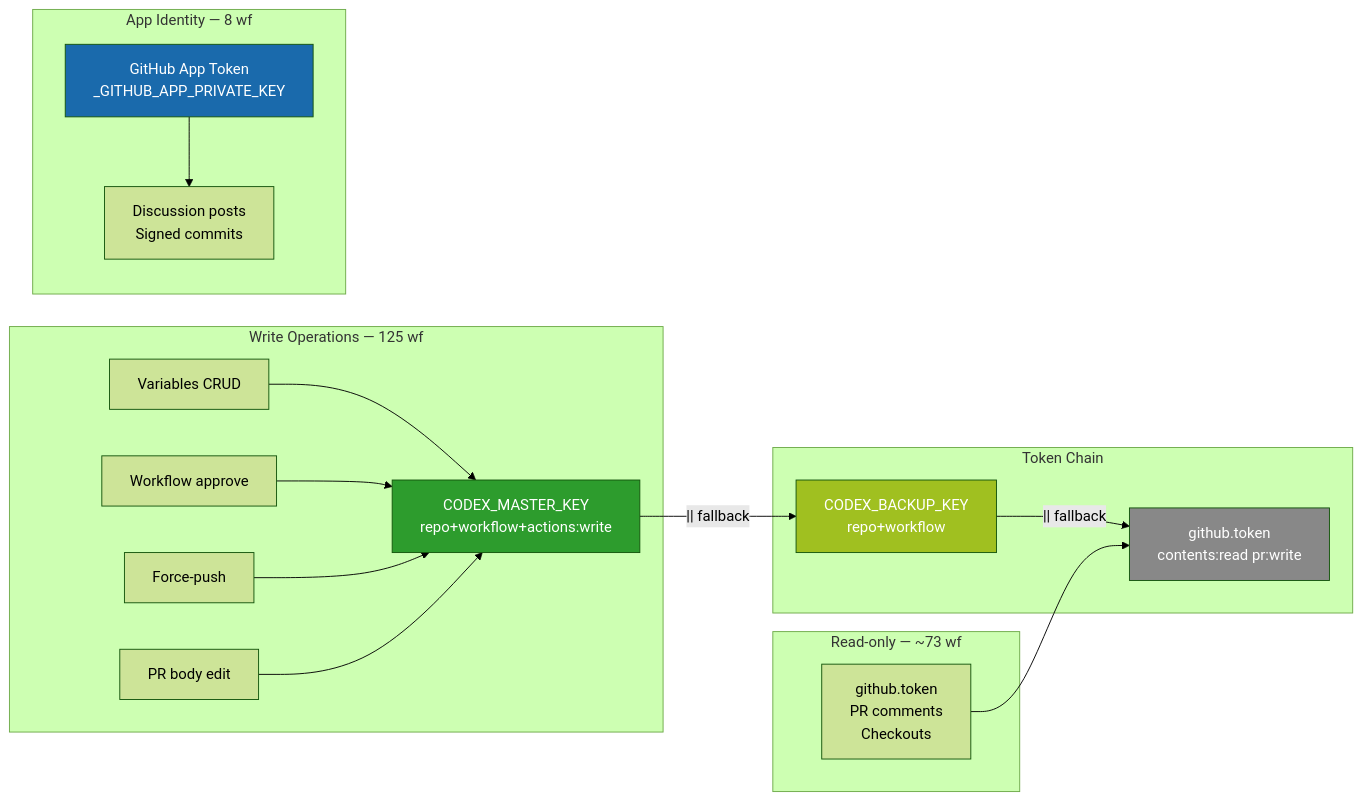
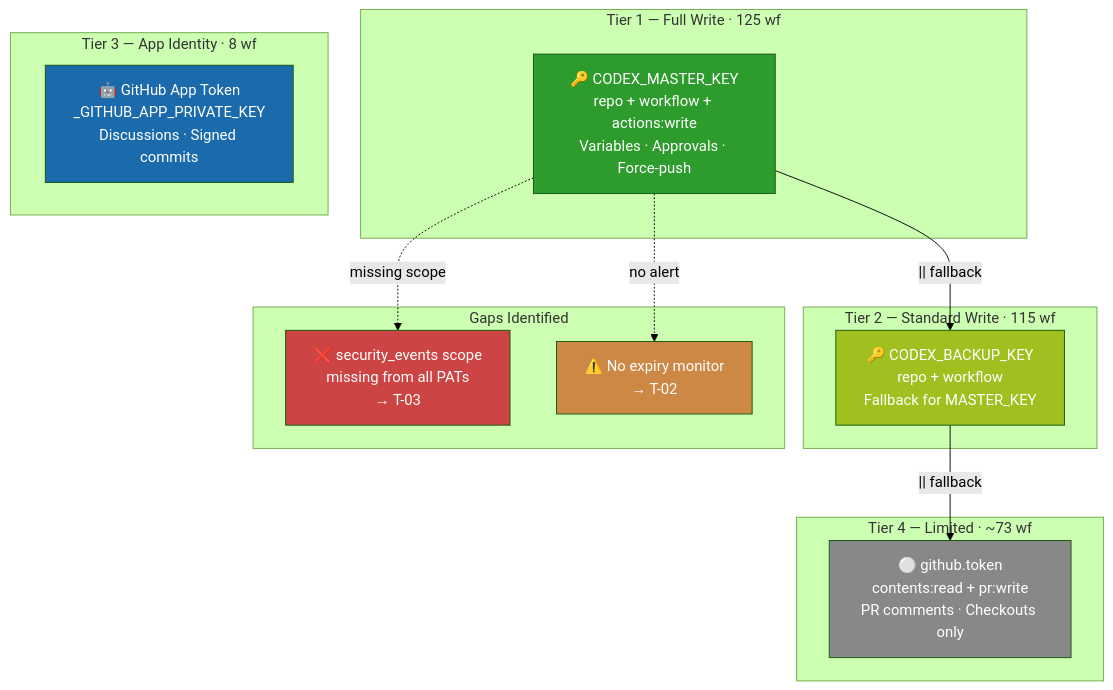
One commit to Aries-Serpent/_codex_ changed the fourth of 7 diagrams in docs/sessions/PR4346_session_diagram.md. Above: the diagram before and after it, drawn with Mermaid (forest theme). The commit also changed other lines of this file and 3 other files, not shown here.

First line of the commit message:
docs(s859): final living docs v2 — CI snapshot, CHANGELOG+accountability final, session diagram 7 Mermaid

````diff
--- a/docs/sessions/PR4346_session_diagram.md
+++ b/docs/sessions/PR4346_session_diagram.md
@@ -119,26 +122,31 @@
 ```mermaid
-graph LR
-    subgraph "Write Operations — 125 wf"
-        W1["Variables CRUD"] --> MK
-        W2["Workflow approve"] --> MK
-        W3["Force-push"] --> MK
-        W4["PR body edit"] --> MK
+graph TD
+    subgraph "Tier 1 — Full Write · 125 wf"
+        MK["🔑 CODEX_MASTER_KEY\nrepo + workflow + actions:write\nVariables · Approvals · Force-push"]
     end
-    subgraph "Token Chain"
-        MK["CODEX_MASTER_KEY\nrepo+workflow+actions:write"] -->|"|| fallback"| BK
-        BK["CODEX_BACKUP_KEY\nrepo+workflow"] -->|"|| fallback"| GT
-        GT["github.token\ncontents:read pr:write"]
+    subgraph "Tier 2 — Standard Write · 115 wf"
+        BK["🔑 CODEX_BACKUP_KEY\nrepo + workflow\nFallback for MASTER_KEY"]
     end
-    subgraph "App Identity — 8 wf"
-        APP["GitHub App Token\n_GITHUB_APP_PRIVATE_KEY"]
-        APP --> DISC["Discussion posts\nSigned commits"]
+    subgraph "Tier 3 — App Identity · 8 wf"
+        APP["🤖 GitHub App Token\n_GITHUB_APP_PRIVATE_KEY\nDiscussions · Signed commits"]
     end
-    subgraph "Read-only — ~73 wf"
-        RO["github.token\nPR comments\nCheckouts"] --> GT
+    subgraph "Tier 4 — Limited · ~73 wf"
+        GT["⚪ github.token\ncontents:read + pr:write\nPR comments · Checkouts only"]
     end
+    subgraph "Gaps Identified"
+        G1["❌ security_events scope\nmissing from all PATs\n→ T-03"]
+        G2["⚠️ No expiry monitor\n→ T-02"]
+    end
+
+    MK -->|"|| fallback"| BK
+    BK -->|"|| fallback"| GT
+    MK -.->|"missing scope"| G1
+    MK -.->|"no alert"| G2
 
     style MK fill:#2d9c2d,color:#fff
     style BK fill:#a0c020,color:#fff
+    style APP fill:#1a6aac,color:#fff
     style GT fill:#888,color:#fff
-    style APP fill:#1a6aac,color:#fff
+    style G1 fill:#c44,color:#fff
+    style G2 fill:#c84,color:#fff
 ```
````
